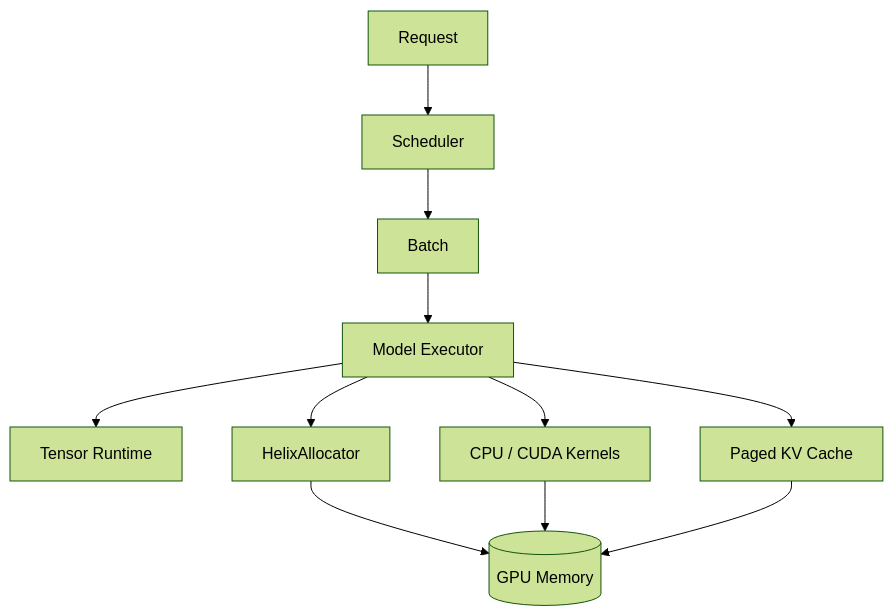
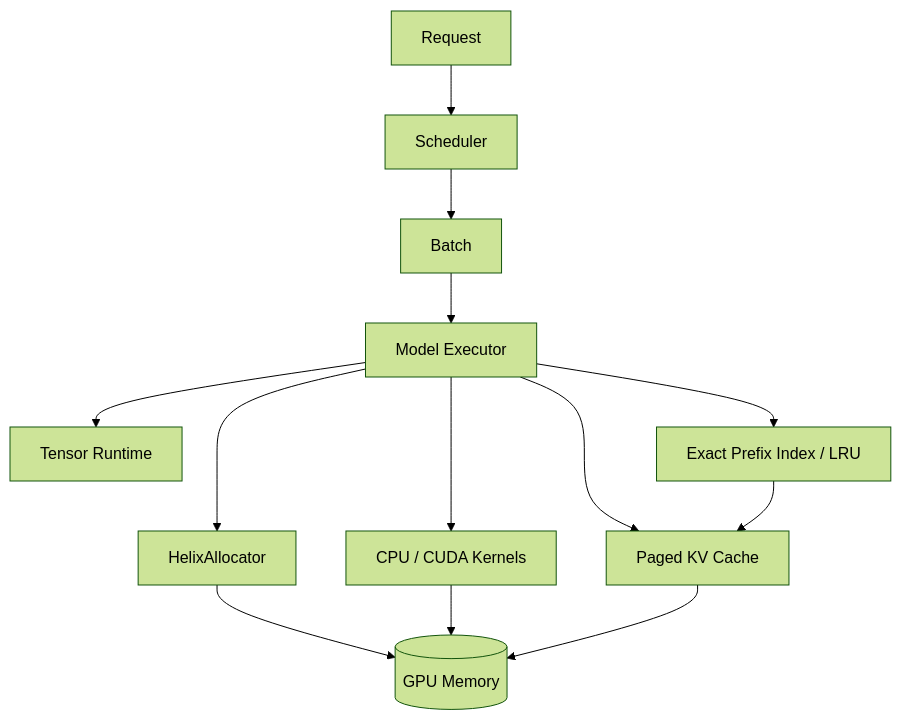
The diagram in README.md (parthpandya5/helix-runtime), drawn with Mermaid (forest theme) before and after one commit. The commit also changed other lines of this file and 11 other files, not shown here.

````diff
--- a/README.md
+++ b/README.md
@@ -51,11 +52,13 @@
 ```mermaid
 flowchart TD
     Request --> Scheduler --> Batch --> Executor[Model Executor]
     Executor --> Tensor[Tensor Runtime]
     Executor --> Allocator[HelixAllocator]
     Executor --> Kernels[CPU / CUDA Kernels]
     Executor --> KV[Paged KV Cache]
+    Executor --> Prefix[Exact Prefix Index / LRU]
+    Prefix --> KV
     Allocator --> Memory[(GPU Memory)]
     Kernels --> Memory
     KV --> Memory
 ```
````
